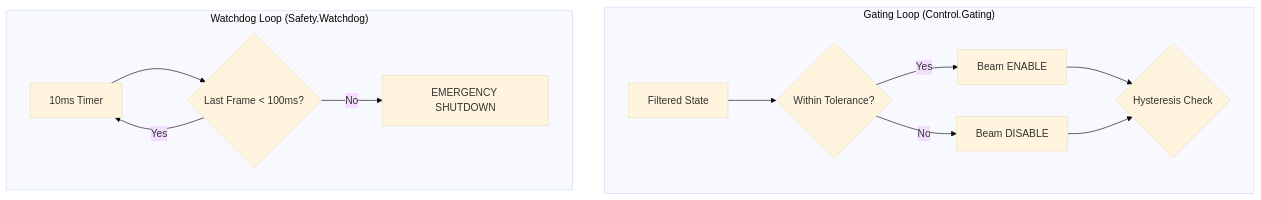
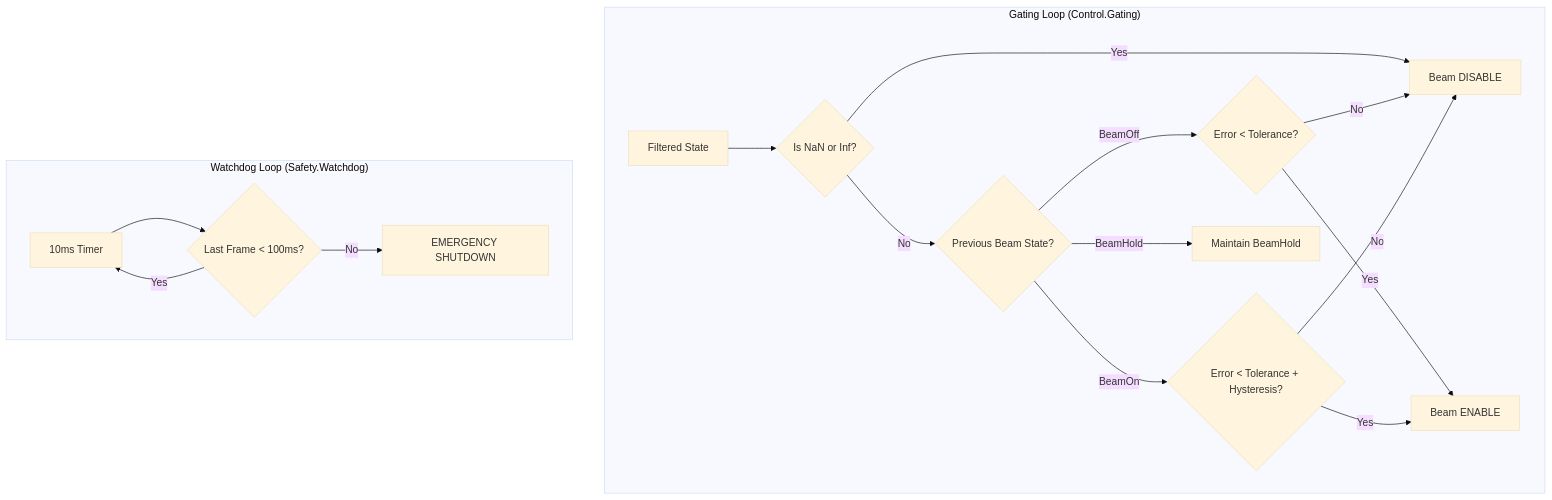
Before and after one commit to fderuiter/lambda-wave: the fifth of 8 diagrams in docs/SYSTEM_DIAGRAMS.md, drawn with Mermaid (base theme). The commit also changed other lines of this file, not shown here.

Commit message:
docs: Add comprehensive system architecture and FFI Mermaid diagrams
This commit introduces `docs/SYSTEM_DIAGRAMS.md`, providing a visual and technical overview of the Lambda-Wave system.

Key additions:
- High-level system architecture (Control Plane, Data Plane, Hardware Interface) with TBQueue boundaries for the safety layer.
- Detailed FFI documentation for the lock-free Ring Buffer and Hardware Control (GPIO/Serial).
- Low-level subsystem diagrams for Signal Processing (FMCW, Kalman), Control (Gating with NaN checks and hysteresis branching, Watchdog), Numeric (Kinematics), and Data/Audit layers (reflecting queue-based communication).
- Compliance with IEC 62304 documentation requirements.

````diff
--- a/docs/SYSTEM_DIAGRAMS.md
+++ b/docs/SYSTEM_DIAGRAMS.md
@@ -138,16 +139,24 @@
 ```mermaid
 flowchart TD
     subgraph "Gating Loop (Control.Gating)"
-        Input[Filtered State] --> Tol{Within Tolerance?}
-        Tol -->|Yes| B_ON[Beam ENABLE]
-        Tol -->|No| B_OFF[Beam DISABLE]
-        B_ON --> Hys{Hysteresis Check}
-        B_OFF --> Hys
+        Input[Filtered State] --> NanCheck{Is NaN or Inf?}
+        NanCheck -->|Yes| B_OFF[Beam DISABLE]
+        NanCheck -->|No| SelectBranch{Previous Beam State?}
+
+        SelectBranch -->|BeamOff| TolCheckOn{Error < Tolerance?}
+        SelectBranch -->|BeamOn| TolCheckOff{Error < Tolerance + Hysteresis?}
+        SelectBranch -->|BeamHold| B_HOLD[Maintain BeamHold]
+
+        TolCheckOn -->|Yes| B_ON[Beam ENABLE]
+        TolCheckOn -->|No| B_OFF
+
+        TolCheckOff -->|Yes| B_ON
+        TolCheckOff -->|No| B_OFF
     end
 
     subgraph "Watchdog Loop (Safety.Watchdog)"
         Timer[10ms Timer] --> Check{Last Frame < 100ms?}
         Check -->|No| KILL[EMERGENCY SHUTDOWN]
         Check -->|Yes| Timer
     end
 ```
````
